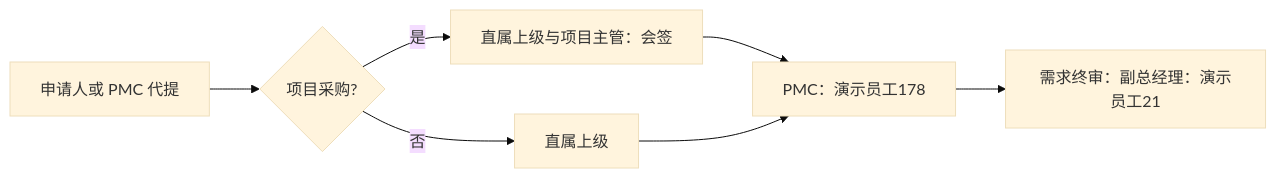
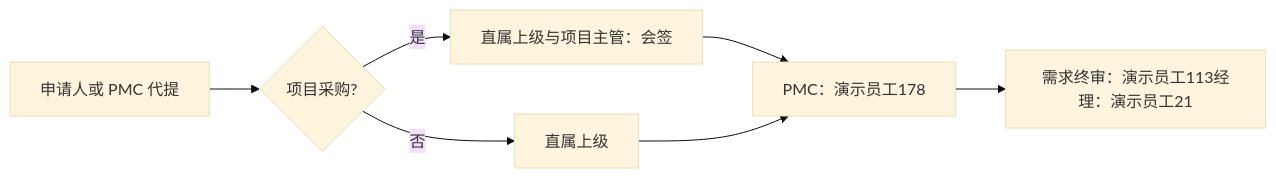
Before and after one commit to Meteor7/erp-oa-system: the first of 2 diagrams in docs/oa-procurement-e2e-evidence.md, drawn with Mermaid (base theme). The commit also changed other lines of this file and 337 other files, not shown here.

````diff
--- a/docs/oa-procurement-e2e-evidence.md
+++ b/docs/oa-procurement-e2e-evidence.md
@@ -12,9 +12,9 @@
 ```mermaid
 flowchart LR
   A[申请人或 PMC 代提] --> B{项目采购?}
   B -- 是 --> C[直属上级与项目主管：会签]
   B -- 否 --> D[直属上级]
   C --> E[PMC：演示员工178]
   D --> E
-  E --> F[需求终审：副总经理：演示员工21]
+  E --> F[需求终审：演示员工113经理：演示员工21]
 ```
````
